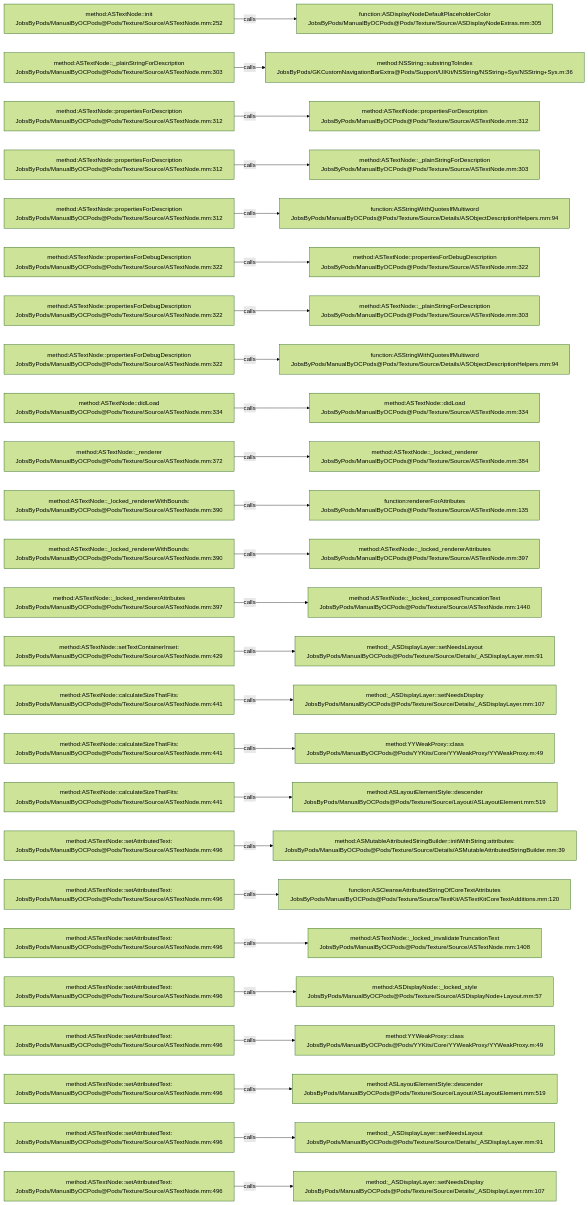
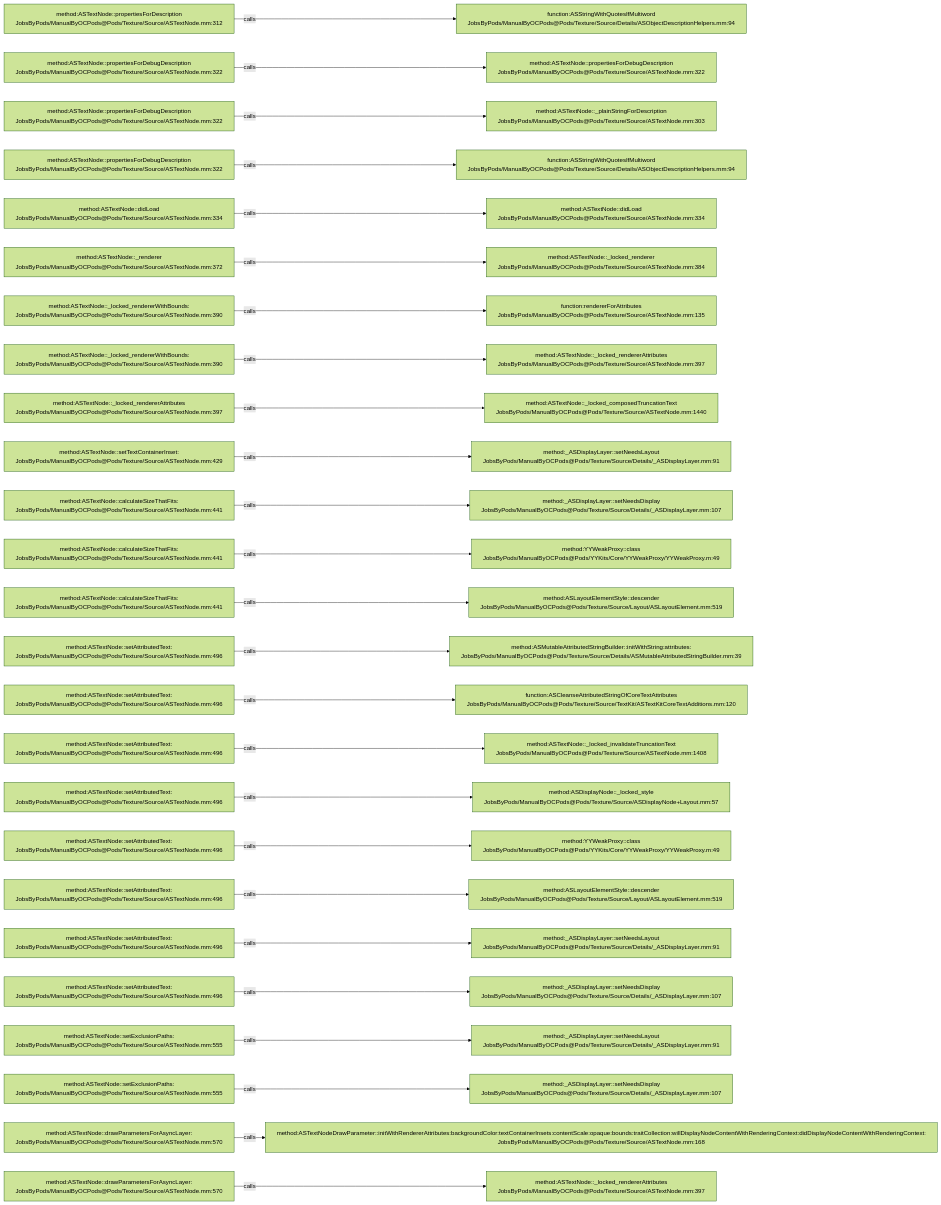
Before and after one commit to JobsKits/JobsOCBaseConfigDemo: the diagram in .codegraph/codegraph.md/graphs/calls-132.md, drawn with Mermaid (forest theme). The commit also changed 727 other files, not shown here.

````diff
--- a/.codegraph/codegraph.md/graphs/calls-132.md
+++ b/.codegraph/codegraph.md/graphs/calls-132.md
@@ -13,78 +13,78 @@
 ```mermaid
 flowchart LR
-  S1["method:ASTextNode::init<br/>JobsByPods/ManualByOCPods@Pods/Texture/Source/ASTextNode.mm:252"]
-  T1["function:ASDisplayNodeDefaultPlaceholderColor<br/>JobsByPods/ManualByOCPods@Pods/Texture/Source/ASDisplayNodeExtras.mm:305"]
+  S1["method:ASTextNode::propertiesForDescription<br/>JobsByPods/ManualByOCPods@Pods/Texture/Source/ASTextNode.mm:312"]
+  T1["function:ASStringWithQuotesIfMultiword<br/>JobsByPods/ManualByOCPods@Pods/Texture/Source/Details/ASObjectDescriptionHelpers.mm:94"]
   S1 -->|calls| T1
-  S2["method:ASTextNode::_plainStringForDescription<br/>JobsByPods/ManualByOCPods@Pods/Texture/Source/ASTextNode.mm:303"]
-  T2["method:NSString::substringToIndex<br/>JobsByPods/GKCustomNavigationBarExtra@Pods/Support/UIKit/NSString/NSString+Sys/NSString+Sys.m:36"]
+  S2["method:ASTextNode::propertiesForDebugDescription<br/>JobsByPods/ManualByOCPods@Pods/Texture/Source/ASTextNode.mm:322"]
+  T2["method:ASTextNode::propertiesForDebugDescription<br/>JobsByPods/ManualByOCPods@Pods/Texture/Source/ASTextNode.mm:322"]
   S2 -->|calls| T2
-  S3["method:ASTextNode::propertiesForDescription<br/>JobsByPods/ManualByOCPods@Pods/Texture/Source/ASTextNode.mm:312"]
-  T3["method:ASTextNode::propertiesForDescription<br/>JobsByPods/ManualByOCPods@Pods/Texture/Source/ASTextNode.mm:312"]
+  S3["method:ASTextNode::propertiesForDebugDescription<br/>JobsByPods/ManualByOCPods@Pods/Texture/Source/ASTextNode.mm:322"]
+  T3["method:ASTextNode::_plainStringForDescription<br/>JobsByPods/ManualByOCPods@Pods/Texture/Source/ASTextNode.mm:303"]
   S3 -->|calls| T3
-  S4["method:ASTextNode::propertiesForDescription<br/>JobsByPods/ManualByOCPods@Pods/Texture/Source/ASTextNode.mm:312"]
-  T4["method:ASTextNode::_plainStringForDescription<br/>JobsByPods/ManualByOCPods@Pods/Texture/Source/ASTextNode.mm:303"]
+  S4["method:ASTextNode::propertiesForDebugDescription<br/>JobsByPods/ManualByOCPods@Pods/Texture/Source/ASTextNode.mm:322"]
+  T4["function:ASStringWithQuotesIfMultiword<br/>JobsByPods/ManualByOCPods@Pods/Texture/Source/Details/ASObjectDescriptionHelpers.mm:94"]
   S4 -->|calls| T4
-  S5["method:ASTextNode::propertiesForDescription<br/>JobsByPods/ManualByOCPods@Pods/Texture/Source/ASTextNode.mm:312"]
-  T5["function:ASStringWithQuotesIfMultiword<br/>JobsByPods/ManualByOCPods@Pods/Texture/Source/Details/ASObjectDescriptionHelpers.mm:94"]
+  S5["method:ASTextNode::didLoad<br/>JobsByPods/ManualByOCPods@Pods/Texture/Source/ASTextNode.mm:334"]
+  T5["method:ASTextNode::didLoad<br/>JobsByPods/ManualByOCPods@Pods/Texture/Source/ASTextNode.mm:334"]
   S5 -->|calls| T5
-  S6["method:ASTextNode::propertiesForDebugDescription<br/>JobsByPods/ManualByOCPods@Pods/Texture/Source/ASTextNode.mm:322"]
-  T6["method:ASTextNode::propertiesForDebugDescription<br/>JobsByPods/ManualByOCPods@Pods/Texture/Source/ASTextNode.mm:322"]
+  S6["method:ASTextNode::_renderer<br/>JobsByPods/ManualByOCPods@Pods/Texture/Source/ASTextNode.mm:372"]
+  T6["method:ASTextNode::_locked_renderer<br/>JobsByPods/ManualByOCPods@Pods/Texture/Source/ASTextNode.mm:384"]
   S6 -->|calls| T6
-  S7["method:ASTextNode::propertiesForDebugDescription<br/>JobsByPods/ManualByOCPods@Pods/Texture/Source/ASTextNode.mm:322"]
-  T7["method:ASTextNode::_plainStringForDescription<br/>JobsByPods/ManualByOCPods@Pods/Texture/Source/ASTextNode.mm:303"]
+  S7["method:ASTextNode::_locked_rendererWithBounds:<br/>JobsByPods/ManualByOCPods@Pods/Texture/Source/ASTextNode.mm:390"]
+  T7["function:rendererForAttributes<br/>JobsByPods/ManualByOCPods@Pods/Texture/Source/ASTextNode.mm:135"]
   S7 -->|calls| T7
-  S8["method:ASTextNode::propertiesForDebugDescription<br/>JobsByPods/ManualByOCPods@Pods/Texture/Source/ASTextNode.mm:322"]
-  T8["function:ASStringWithQuotesIfMultiword<br/>JobsByPods/ManualByOCPods@Pods/Texture/Source/Details/ASObjectDescriptionHelpers.mm:94"]
+  S8["method:ASTextNode::_locked_rendererWithBounds:<br/>JobsByPods/ManualByOCPods@Pods/Texture/Source/ASTextNode.mm:390"]
+  T8["method:ASTextNode::_locked_rendererAttributes<br/>JobsByPods/ManualByOCPods@Pods/Texture/Source/ASTextNode.mm:397"]
   S8 -->|calls| T8
-  S9["method:ASTextNode::didLoad<br/>JobsByPods/ManualByOCPods@Pods/Texture/Source/ASTextNode.mm:334"]
-  T9["method:ASTextNode::didLoad<br/>JobsByPods/ManualByOCPods@Pods/Texture/Source/ASTextNode.mm:334"]
+  S9["method:ASTextNode::_locked_rendererAttributes<br/>JobsByPods/ManualByOCPods@Pods/Texture/Source/ASTextNode.mm:397"]
+  T9["method:ASTextNode::_locked_composedTruncationText<br/>JobsByPods/ManualByOCPods@Pods/Texture/Source/ASTextNode.mm:1440"]
   S9 -->|calls| T9
-  S10["method:ASTextNode::_renderer<br/>JobsByPods/ManualByOCPods@Pods/Texture/Source/ASTextNode.mm:372"]
-  T10["method:ASTextNode::_locked_renderer<br/>JobsByPods/ManualByOCPods@Pods/Texture/Source/ASTextNode.mm:384"]
+  S10["method:ASTextNode::setTextContainerInset:<br/>JobsByPods/ManualByOCPods@Pods/Texture/Source/ASTextNode.mm:429"]
+  T10["method:_ASDisplayLayer::setNeedsLayout<br/>JobsByPods/ManualByOCPods@Pods/Texture/Source/Details/_ASDisplayLayer.mm:91"]
   S10 -->|calls| T10
-  S11["method:ASTextNode::_locked_rendererWithBounds:<br/>JobsByPods/ManualByOCPods@Pods/Texture/Source/ASTextNode.mm:390"]
-  T11["function:rendererForAttributes<br/>JobsByPods/ManualByOCPods@Pods/Texture/Source/ASTextNode.mm:135"]
+  S11["method:ASTextNode::calculateSizeThatFits:<br/>JobsByPods/ManualByOCPods@Pods/Texture/Source/ASTextNode.mm:441"]
+  T11["method:_ASDisplayLayer::setNeedsDisplay<br/>JobsByPods/ManualByOCPods@Pods/Texture/Source/Details/_ASDisplayLayer.mm:107"]
   S11 -->|calls| T11
-  S12["method:ASTextNode::_locked_rendererWithBounds:<br/>JobsByPods/ManualByOCPods@Pods/Texture/Source/ASTextNode.mm:390"]
-  T12["method:ASTextNode::_locked_rendererAttributes<br/>JobsByPods/ManualByOCPods@Pods/Texture/Source/ASTextNode.mm:397"]
+  S12["method:ASTextNode::calculateSizeThatFits:<br/>JobsByPods/ManualByOCPods@Pods/Texture/Source/ASTextNode.mm:441"]
+  T12["method:YYWeakProxy::class<br/>JobsByPods/ManualByOCPods@Pods/YYKits/Core/YYWeakProxy/YYWeakProxy.m:49"]
   S12 -->|calls| T12
-  S13["method:ASTextNode::_locked_rendererAttributes<br/>JobsByPods/ManualByOCPods@Pods/Texture/Source/ASTextNode.mm:397"]
-  T13["method:ASTextNode::_locked_composedTruncationText<br/>JobsByPods/ManualByOCPods@Pods/Texture/Source/ASTextNode.mm:1440"]
+  S13["method:ASTextNode::calculateSizeThatFits:<br/>JobsByPods/ManualByOCPods@Pods/Texture/Source/ASTextNode.mm:441"]
+  T13["method:ASLayoutElementStyle::descender<br/>JobsByPods/ManualByOCPods@Pods/Texture/Source/Layout/ASLayoutElement.mm:519"]
   S13 -->|calls| T13
-  S14["method:ASTextNode::setTextContainerInset:<br/>JobsByPods/ManualByOCPods@Pods/Texture/Source/ASTextNode.mm:429"]
-  T14["method:_ASDisplayLayer::setNeedsLayout<br/>JobsByPods/ManualByOCPods@Pods/Texture/Source/Details/_ASDisplayLayer.mm:91"]
+  S14["method:ASTextNode::setAttributedText:<br/>JobsByPods/ManualByOCPods@Pods/Texture/Source/ASTextNode.mm:496"]
+  T14["method:ASMutableAttributedStringBuilder::initWithString:attributes:<br/>JobsByPods/ManualByOCPods@Pods/Texture/Source/Details/ASMutableAttributedStringBuilder.mm:39"]
   S14 -->|calls| T14
-  S15["method:ASTextNode::calculateSizeThatFits:<br/>JobsByPods/ManualByOCPods@Pods/Texture/Source/ASTextNode.mm:441"]
-  T15["method:_ASDisplayLayer::setNeedsDisplay<br/>JobsByPods/ManualByOCPods@Pods/Texture/Source/Details/_ASDisplayLayer.mm:107"]
+  S15["method:ASTextNode::setAttributedText:<br/>JobsByPods/ManualByOCPods@Pods/Texture/Source/ASTextNode.mm:496"]
+  T15["function:ASCleanseAttributedStringOfCoreTextAttributes<br/>JobsByPods/ManualByOCPods@Pods/Texture/Source/TextKit/ASTextKitCoreTextAdditions.mm:120"]
   S15 -->|calls| T15
-  S16["method:ASTextNode::calculateSizeThatFits:<br/>JobsByPods/ManualByOCPods@Pods/Texture/Source/ASTextNode.mm:441"]
-  T16["method:YYWeakProxy::class<br/>JobsByPods/ManualByOCPods@Pods/YYKits/Core/YYWeakProxy/YYWeakProxy.m:49"]
+  S16["method:ASTextNode::setAttributedText:<br/>JobsByPods/ManualByOCPods@Pods/Texture/Source/ASTextNode.mm:496"]
+  T16["method:ASTextNode::_locked_invalidateTruncationText<br/>JobsByPods/ManualByOCPods@Pods/Texture/Source/ASTextNode.mm:1408"]
   S16 -->|calls| T16
-  S17["method:ASTextNode::calculateSizeThatFits:<br/>JobsByPods/ManualByOCPods@Pods/Texture/Source/ASTextNode.mm:441"]
-  T17["method:ASLayoutElementStyle::descender<br/>JobsByPods/ManualByOCPods@Pods/Texture/Source/Layout/ASLayoutElement.mm:519"]
+  S17["method:ASTextNode::setAttributedText:<br/>JobsByPods/ManualByOCPods@Pods/Texture/Source/ASTextNode.mm:496"]
+  T17["method:ASDisplayNode::_locked_style<br/>JobsByPods/ManualByOCPods@Pods/Texture/Source/ASDisplayNode+Layout.mm:57"]
   S17 -->|calls| T17
   S18["method:ASTextNode::setAttributedText:<br/>JobsByPods/ManualByOCPods@Pods/Texture/Source/ASTextNode.mm:496"]
-  T18["method:ASMutableAttributedStringBuilder::initWithString:attributes:<br/>JobsByPods/ManualByOCPods@Pods/Texture/Source/Details/ASMutableAttributedStringBuilder.mm:39"]
+  T18["method:YYWeakProxy::class<br/>JobsByPods/ManualByOCPods@Pods/YYKits/Core/YYWeakProxy/YYWeakProxy.m:49"]
   S18 -->|calls| T18
   S19["method:ASTextNode::setAttributedText:<br/>JobsByPods/ManualByOCPods@Pods/Texture/Source/ASTextNode.mm:496"]
-  T19["function:ASCleanseAttributedStringOfCoreTextAttributes<br/>JobsByPods/ManualByOCPods@Pods/Texture/Source/TextKit/ASTextKitCoreTextAdditions.mm:120"]
+  T19["method:ASLayoutElementStyle::descender<br/>JobsByPods/ManualByOCPods@Pods/Texture/Source/Layout/ASLayoutElement.mm:519"]
   S19 -->|calls| T19
   S20["method:ASTextNode::setAttributedText:<br/>JobsByPods/ManualByOCPods@Pods/Texture/Source/ASTextNode.mm:496"]
-  T20["method:ASTextNode::_locked_invalidateTruncationText<br/>JobsByPods/ManualByOCPods@Pods/Texture/Source/ASTextNode.mm:1408"]
+  T20["method:_ASDisplayLayer::setNeedsLayout<br/>JobsByPods/ManualByOCPods@Pods/Texture/Source/Details/_ASDisplayLayer.mm:91"]
   S20 -->|calls| T20
   S21["method:ASTextNode::setAttributedText:<br/>JobsByPods/ManualByOCPods@Pods/Texture/Source/ASTextNode.mm:496"]
-  T21["method:ASDisplayNode::_locked_style<br/>JobsByPods/ManualByOCPods@Pods/Texture/Source/ASDisplayNode+Layout.mm:57"]
+  T21["method:_ASDisplayLayer::setNeedsDisplay<br/>JobsByPods/ManualByOCPods@Pods/Texture/Source/Details/_ASDisplayLayer.mm:107"]
   S21 -->|calls| T21
-  S22["method:ASTextNode::setAttributedText:<br/>JobsByPods/ManualByOCPods@Pods/Texture/Source/ASTextNode.mm:496"]
-  T22["method:YYWeakProxy::class<br/>JobsByPods/ManualByOCPods@Pods/YYKits/Core/YYWeakProxy/YYWeakProxy.m:49"]
+  S22["method:ASTextNode::setExclusionPaths:<br/>JobsByPods/ManualByOCPods@Pods/Texture/Source/ASTextNode.mm:555"]
+  T22["method:_ASDisplayLayer::setNeedsLayout<br/>JobsByPods/ManualByOCPods@Pods/Texture/Source/Details/_ASDisplayLayer.mm:91"]
   S22 -->|calls| T22
-  S23["method:ASTextNode::setAttributedText:<br/>JobsByPods/ManualByOCPods@Pods/Texture/Source/ASTextNode.mm:496"]
-  T23["method:ASLayoutElementStyle::descender<br/>JobsByPods/ManualByOCPods@Pods/Texture/Source/Layout/ASLayoutElement.mm:519"]
+  S23["method:ASTextNode::setExclusionPaths:<br/>JobsByPods/ManualByOCPods@Pods/Texture/Source/ASTextNode.mm:555"]
+  T23["method:_ASDisplayLayer::setNeedsDisplay<br/>JobsByPods/ManualByOCPods@Pods/Texture/Source/Details/_ASDisplayLayer.mm:107"]
   S23 -->|calls| T23
-  S24["method:ASTextNode::setAttributedText:<br/>JobsByPods/ManualByOCPods@Pods/Texture/Source/ASTextNode.mm:496"]
-  T24["method:_ASDisplayLayer::setNeedsLayout<br/>JobsByPods/ManualByOCPods@Pods/Texture/Source/Details/_ASDisplayLayer.mm:91"]
+  S24["method:ASTextNode::drawParametersForAsyncLayer:<br/>JobsByPods/ManualByOCPods@Pods/Texture/Source/ASTextNode.mm:570"]
+  T24["method:ASTextNodeDrawParameter::initWithRendererAttributes:backgroundColor:textContainerInsets:contentScale:opaque:bounds:traitCollection:willDisplayNodeContentWithRenderingContext:didDisplayNodeContentWithRenderingContext:<br/>JobsByPods/ManualByOCPods@Pods/Texture/Source/ASTextNode.mm:168"]
   S24 -->|calls| T24
-  S25["method:ASTextNode::setAttributedText:<br/>JobsByPods/ManualByOCPods@Pods/Texture/Source/ASTextNode.mm:496"]
-  T25["method:_ASDisplayLayer::setNeedsDisplay<br/>JobsByPods/ManualByOCPods@Pods/Texture/Source/Details/_ASDisplayLayer.mm:107"]
+  S25["method:ASTextNode::drawParametersForAsyncLayer:<br/>JobsByPods/ManualByOCPods@Pods/Texture/Source/ASTextNode.mm:570"]
+  T25["method:ASTextNode::_locked_rendererAttributes<br/>JobsByPods/ManualByOCPods@Pods/Texture/Source/ASTextNode.mm:397"]
   S25 -->|calls| T25
 ```
````
